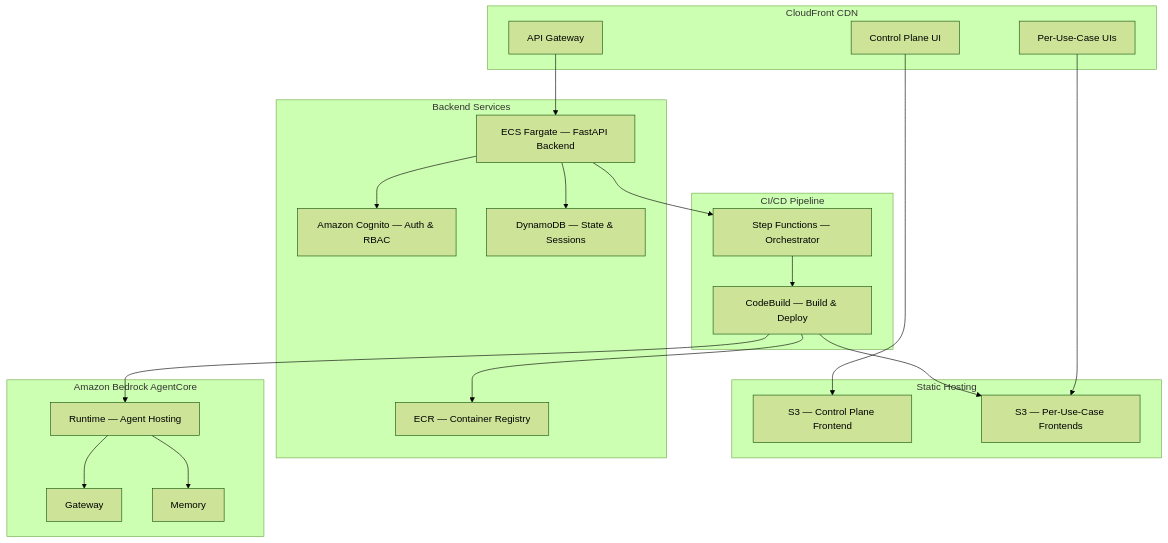
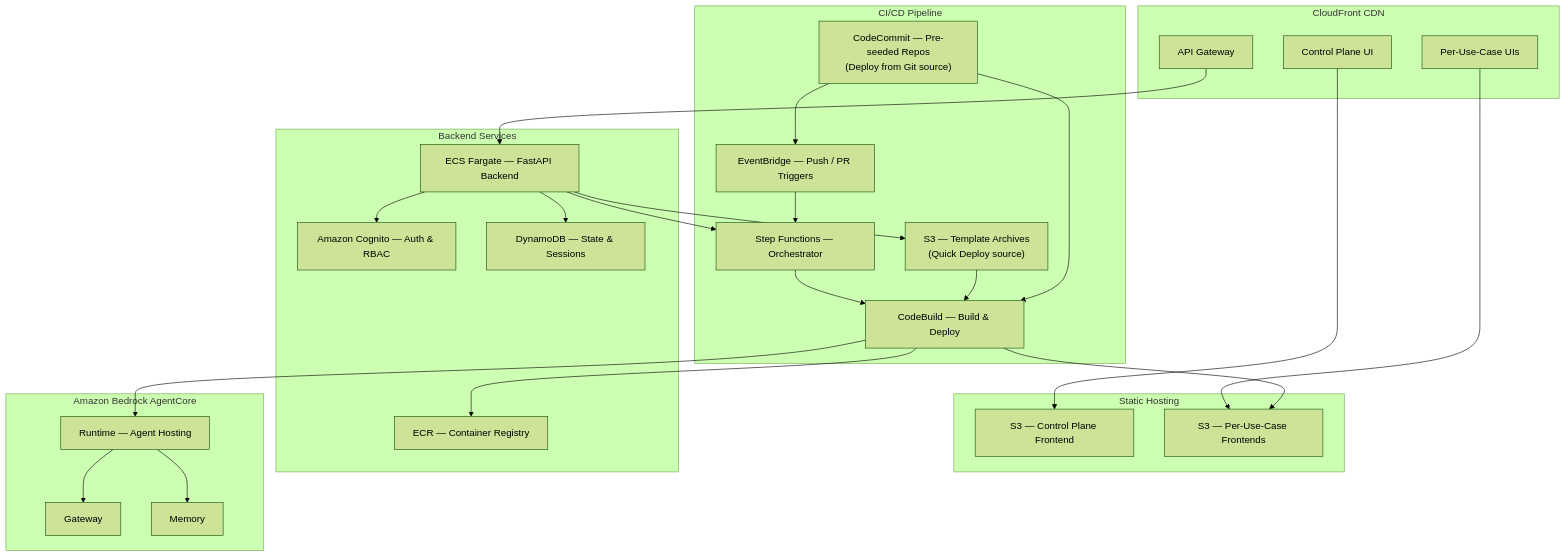
The diagram in platform/docs/well-architected/README.md (aws-samples/sample-agentic-value-accelerator), drawn with Mermaid (forest theme) before and after one commit. The commit also changed other lines of this file and 4 other files, not shown here.

First line of the commit message:
docs: v2.0 cleanup — CodeCommit in Well-Architected, drop stale docs

````diff
--- a/platform/docs/well-architected/README.md
+++ b/platform/docs/well-architected/README.md
@@ -19,44 +22,52 @@
 ```mermaid
 graph TB
     subgraph CDN["CloudFront CDN"]
         CP_UI["Control Plane UI"]
         UC_UI["Per-Use-Case UIs"]
         APIGW["API Gateway"]
     end
 
     subgraph Frontend["Static Hosting"]
         S3_CP["S3 — Control Plane Frontend"]
         S3_UC["S3 — Per-Use-Case Frontends"]
     end
 
     subgraph Backend["Backend Services"]
         ECS["ECS Fargate — FastAPI Backend"]
         Cognito["Amazon Cognito — Auth & RBAC"]
         DDB["DynamoDB — State & Sessions"]
         ECR["ECR — Container Registry"]
     end
 
     subgraph Pipeline["CI/CD Pipeline"]
         SF["Step Functions — Orchestrator"]
         CB["CodeBuild — Build & Deploy"]
+        S3_ARC["S3 — Template Archives<br/>(Quick Deploy source)"]
+        CC["CodeCommit — Pre-seeded Repos<br/>(Deploy from Git source)"]
+        EVB["EventBridge — Push / PR Triggers"]
     end
 
     subgraph AgentCore["Amazon Bedrock AgentCore"]
         Runtime["Runtime — Agent Hosting"]
         Gateway["Gateway"]
         Memory["Memory"]
     end
 
     CP_UI --> S3_CP
     UC_UI --> S3_UC
     APIGW --> ECS
     ECS --> Cognito
     ECS --> DDB
     ECS --> SF
+    ECS --> S3_ARC
+    CC --> EVB
+    EVB --> SF
     SF --> CB
+    S3_ARC --> CB
+    CC --> CB
     CB --> ECR
     CB --> Runtime
     CB --> S3_UC
     Runtime --> Gateway
     Runtime --> Memory
 ```
````
